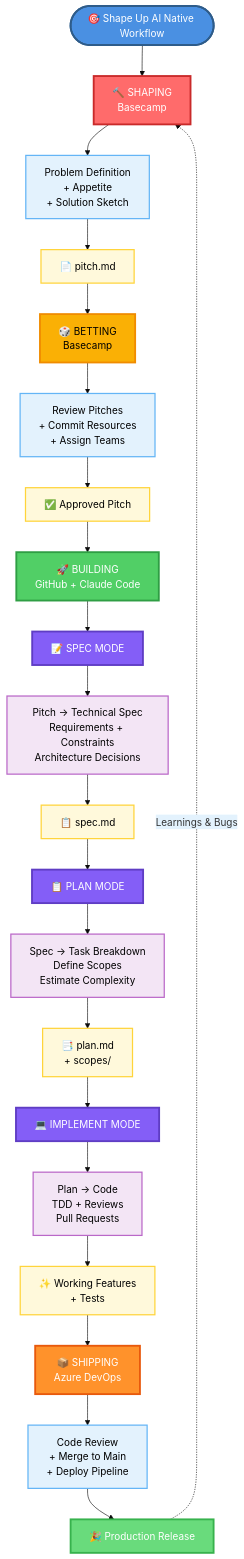
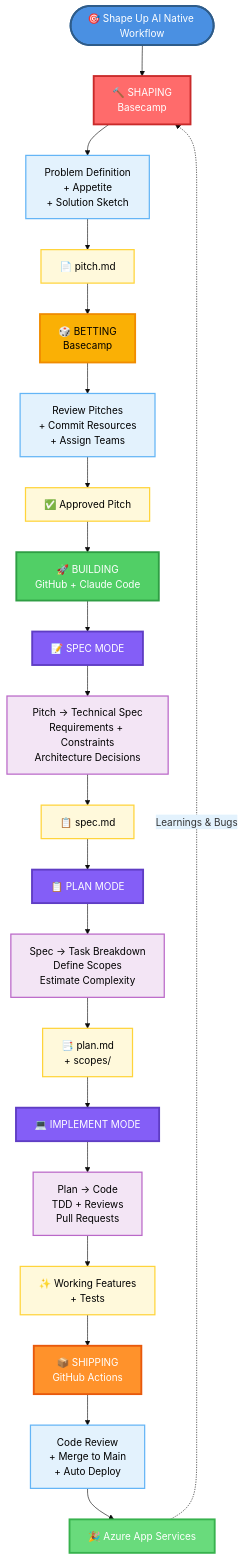
Before and after one commit to sergiolindolfoferreira/shape-up-ai-native: the diagram in README.md, drawn with Mermaid. The commit also changed 3 other files, not shown here.

First line of the commit message:
Fix SHIPPING phase: Azure DevOps → GitHub Actions + Azure App Services

````diff
--- a/README.md
+++ b/README.md
@@ -39,54 +39,54 @@
 ```mermaid
 %%{init: {'theme':'base', 'themeVariables': { 'primaryColor':'#FFE5B4','secondaryColor':'#E3F2FD','tertiaryColor':'#F3E5F5','primaryBorderColor':'#FF6B6B','secondaryBorderColor':'#4ECDC4','tertiaryBorderColor':'#95E1D3'}}}%%
 
 graph TD
     Start([🎯 Shape Up AI Native Workflow]):::startNode
     
     %% SHAPING PHASE
     Start --> Shaping[🔨 SHAPING<br/>Basecamp]:::shapingNode
     Shaping --> ShapingWork[Problem Definition<br/>+ Appetite<br/>+ Solution Sketch]:::workNode
     ShapingWork --> PitchOut[📄 pitch.md]:::artifactNode
     
     %% BETTING PHASE
     PitchOut --> Betting[🎲 BETTING<br/>Basecamp]:::bettingNode
     Betting --> BettingWork[Review Pitches<br/>+ Commit Resources<br/>+ Assign Teams]:::workNode
     BettingWork --> ApprovedPitch[✅ Approved Pitch]:::artifactNode
     
     %% BUILDING PHASE (Claude Code)
     ApprovedPitch --> Building[🚀 BUILDING<br/>GitHub + Claude Code]:::buildingNode
     
     %% SPEC MODE
     Building --> SpecMode[📝 SPEC MODE]:::claudeNode
     SpecMode --> SpecWork[Pitch → Technical Spec<br/>Requirements + Constraints<br/>Architecture Decisions]:::claudeWork
     SpecWork --> SpecOut[📋 spec.md]:::artifactNode
     
     %% PLAN MODE
     SpecOut --> PlanMode[📋 PLAN MODE]:::claudeNode
     PlanMode --> PlanWork[Spec → Task Breakdown<br/>Define Scopes<br/>Estimate Complexity]:::claudeWork
     PlanWork --> PlanOut[📑 plan.md<br/>+ scopes/]:::artifactNode
     
     %% IMPLEMENT MODE
     PlanOut --> ImplMode[💻 IMPLEMENT MODE]:::claudeNode
     ImplMode --> ImplWork[Plan → Code<br/>TDD + Reviews<br/>Pull Requests]:::claudeWork
     ImplWork --> ImplOut[✨ Working Features<br/>+ Tests]:::artifactNode
     
     %% SHIPPING PHASE
-    ImplOut --> Shipping[📦 SHIPPING<br/>Azure DevOps]:::shippingNode
-    Shipping --> ShipWork[Code Review<br/>+ Merge to Main<br/>+ Deploy Pipeline]:::workNode
-    ShipWork --> Release[🎉 Production Release]:::releaseNode
+    ImplOut --> Shipping[📦 SHIPPING<br/>GitHub Actions]:::shippingNode
+    Shipping --> ShipWork[Code Review<br/>+ Merge to Main<br/>+ Auto Deploy]:::workNode
+    ShipWork --> Release[🎉 Azure App Services]:::releaseNode
     
     %% Cooldown feedback loop
     Release -.->|Learnings & Bugs| Shaping
     
     %% STYLE DEFINITIONS
     classDef startNode fill:#4A90E2,stroke:#2E5C8A,stroke-width:3px,color:#fff
     classDef shapingNode fill:#FF6B6B,stroke:#C92A2A,stroke-width:3px,color:#fff
     classDef bettingNode fill:#FAB005,stroke:#F08C00,stroke-width:3px,color:#000
     classDef buildingNode fill:#51CF66,stroke:#2F9E44,stroke-width:3px,color:#fff
     classDef claudeNode fill:#845EF7,stroke:#5F3DC4,stroke-width:3px,color:#fff
     classDef shippingNode fill:#FF922B,stroke:#E8590C,stroke-width:3px,color:#fff
     classDef workNode fill:#E3F2FD,stroke:#64B5F6,stroke-width:2px,color:#000
     classDef claudeWork fill:#F3E5F5,stroke:#BA68C8,stroke-width:2px,color:#000
     classDef artifactNode fill:#FFF9DB,stroke:#FFD43B,stroke-width:2px,color:#000
     classDef releaseNode fill:#69DB7C,stroke:#37B24D,stroke-width:3px,color:#fff
 ```
````
